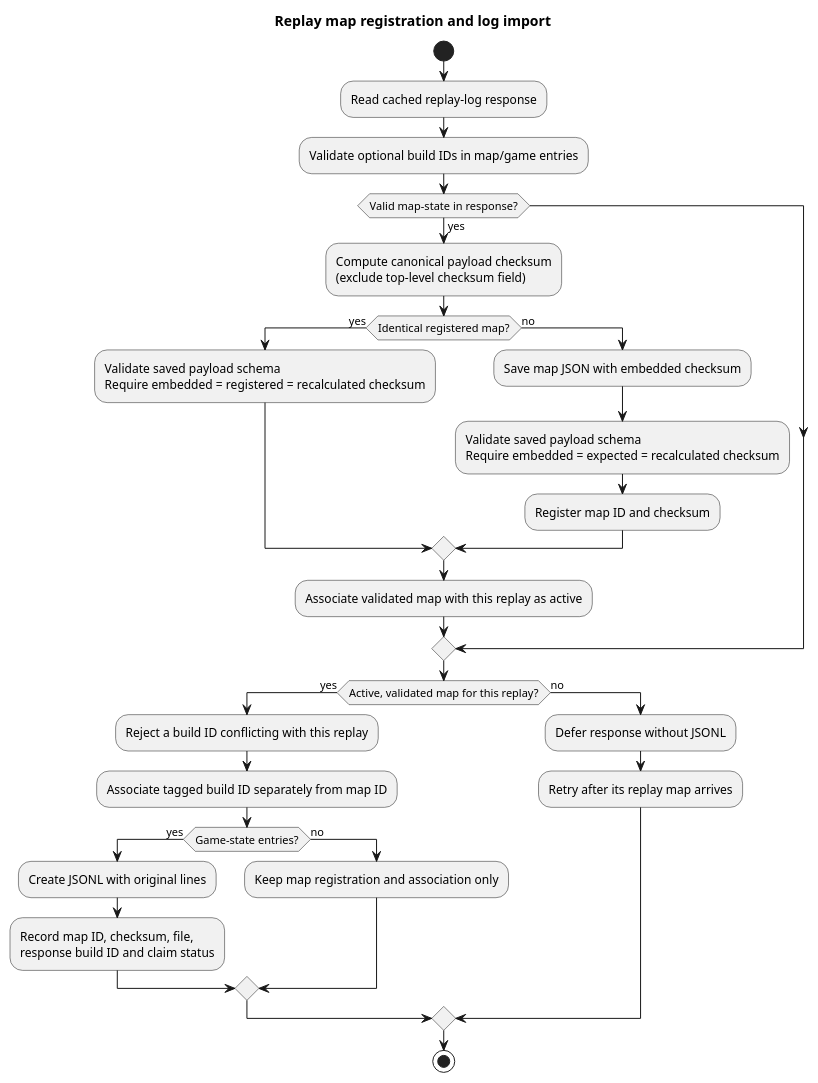
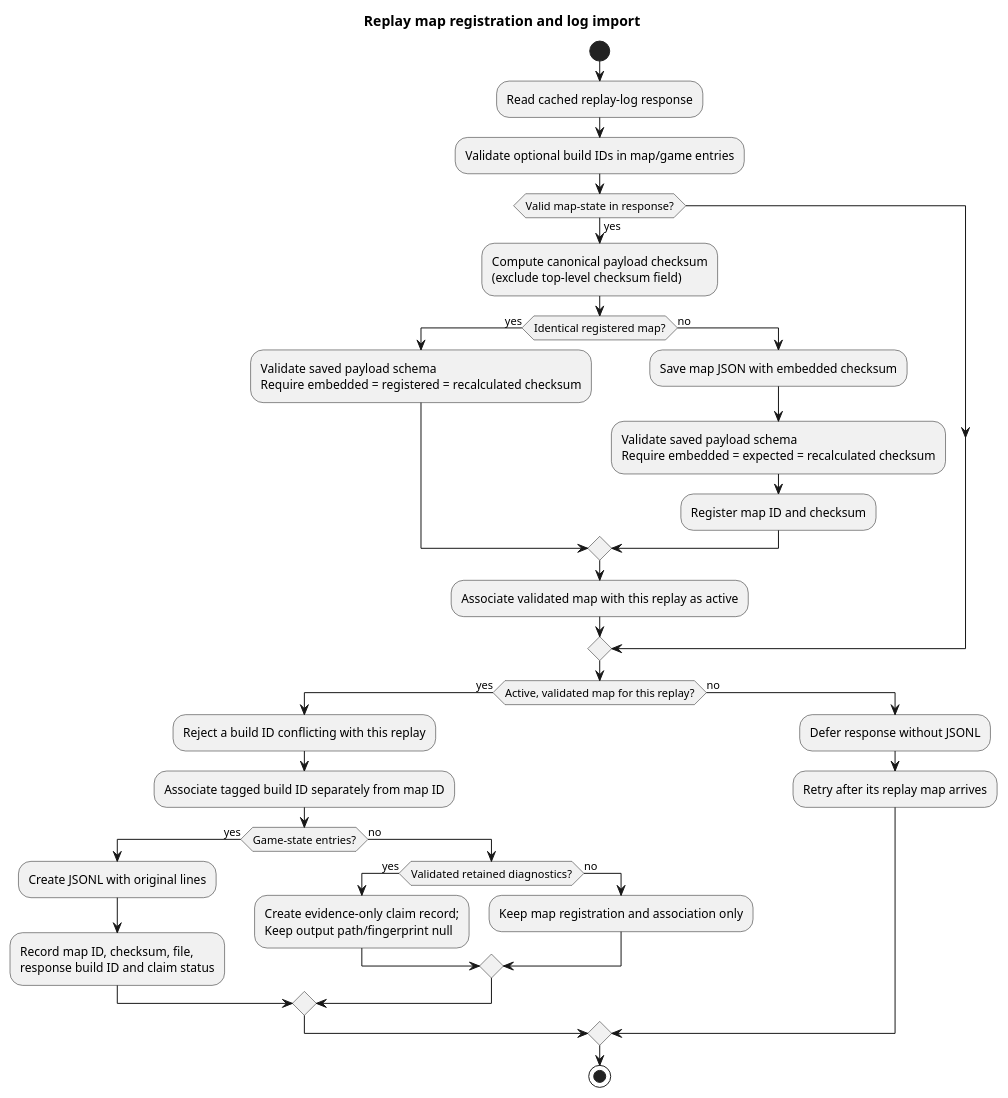
One commit to zolcsika71/pain_and_gain changed the diagram in docs/diagrams/replay-map-import.puml. Above: the diagram before and after it, drawn with PlantUML. The commit also changed 14 other files, not shown here.

Commit message:
feat: add read-only replay evidence analyzer

```diff
--- a/docs/diagrams/replay-map-import.puml
+++ b/docs/diagrams/replay-map-import.puml
@@ -1,33 +1,37 @@
 @startuml
 title Replay map registration and log import
 
 start
 :Read cached replay-log response;
 :Validate optional build IDs in map/game entries;
 if (Valid map-state in response?) then (yes)
   :Compute canonical payload checksum\n(exclude top-level checksum field);
   if (Identical registered map?) then (yes)
     :Validate saved payload schema\nRequire embedded = registered = recalculated checksum;
   else (no)
     :Save map JSON with embedded checksum;
     :Validate saved payload schema\nRequire embedded = expected = recalculated checksum;
     :Register map ID and checksum;
   endif
   :Associate validated map with this replay as active;
 endif
 if (Active, validated map for this replay?) then (yes)
   :Reject a build ID conflicting with this replay;
   :Associate tagged build ID separately from map ID;
   if (Game-state entries?) then (yes)
     :Create JSONL with original lines;
     :Record map ID, checksum, file,\nresponse build ID and claim status;
   else (no)
-    :Keep map registration and association only;
+    if (Validated retained diagnostics?) then (yes)
+      :Create evidence-only claim record;\nKeep output path/fingerprint null;
+    else (no)
+      :Keep map registration and association only;
+    endif
   endif
 else (no)
   :Defer response without JSONL;
   :Retry after its replay map arrives;
 endif
 stop
 
 @enduml
```
